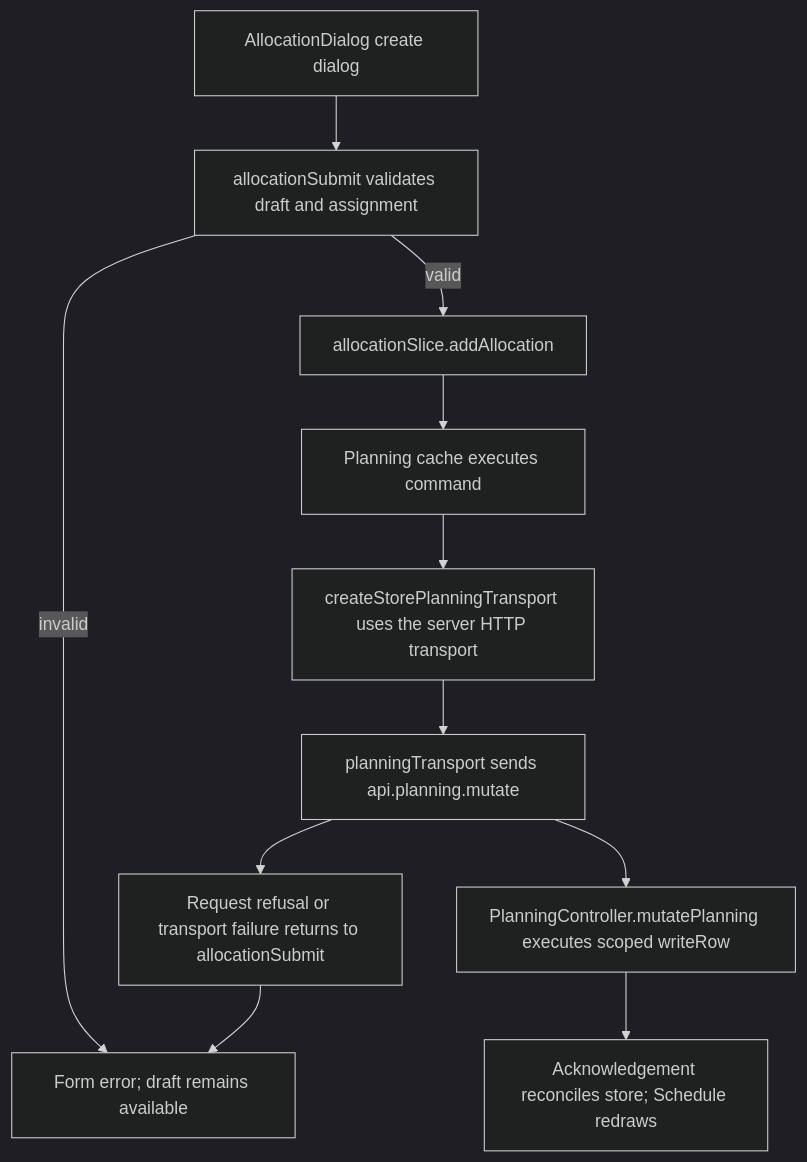
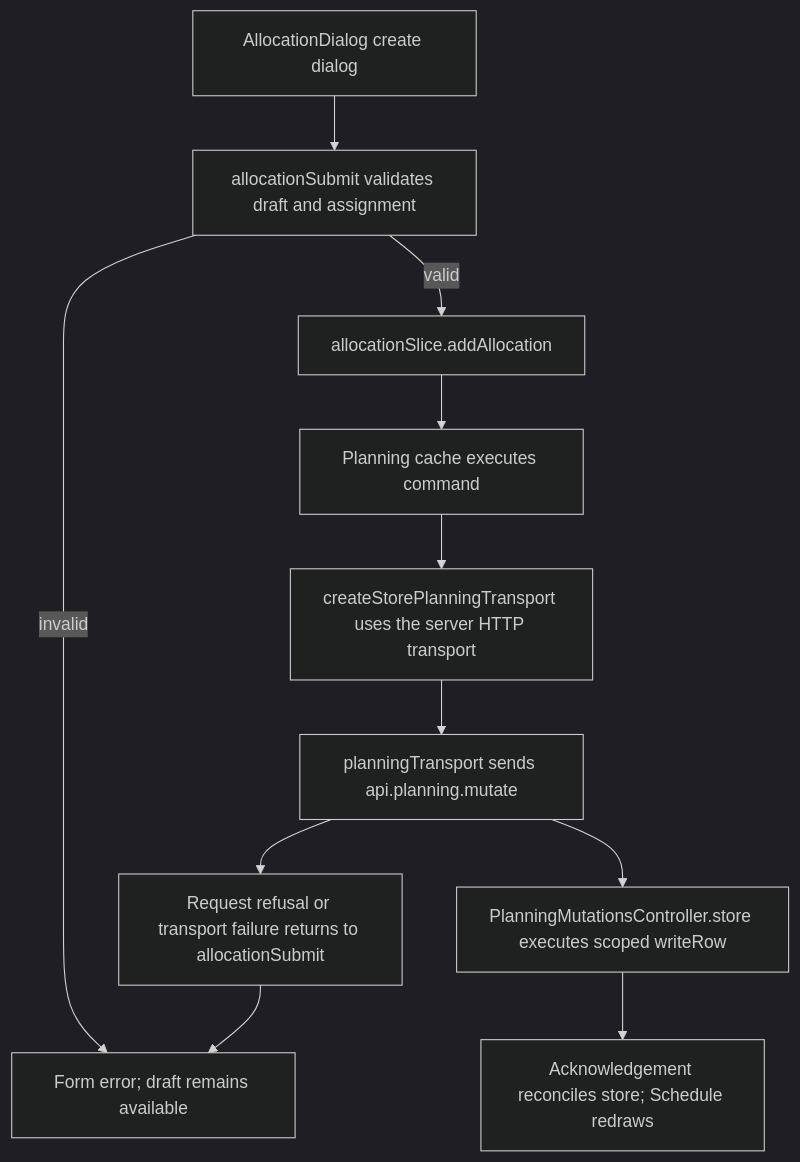
The second of 2 diagrams in user-stories/allocation/US-ALL-01-create.md (Kevinjohn/capacitylens), drawn with Mermaid (dark theme) before and after one commit. The commit also changed other lines of this file and 139 other files, not shown here.

````diff
--- a/user-stories/allocation/US-ALL-01-create.md
+++ b/user-stories/allocation/US-ALL-01-create.md
@@ -55,13 +55,13 @@
 ```mermaid
 flowchart TD
   A["AllocationDialog create dialog"] --> B["allocationSubmit validates draft and assignment"]
   B -->|valid| C["allocationSlice.addAllocation"]
   B -->|invalid| I["Field/form error; dialog remains open"]
   C --> D["Planning cache executes command"]
   D --> E["createStorePlanningTransport uses the server HTTP transport"]
   E --> F["planningTransport sends api.planning.mutate"]
   F --> J["Request refusal or transport failure returns to allocationSubmit"]
   J --> I["Form error; draft remains available"]
-  F --> G["PlanningController.mutatePlanning executes scoped writeRow"]
+  F --> G["PlanningMutationsController.store executes scoped writeRow"]
   G --> H["Acknowledgement reconciles store; Schedule redraws"]
 ```
````
